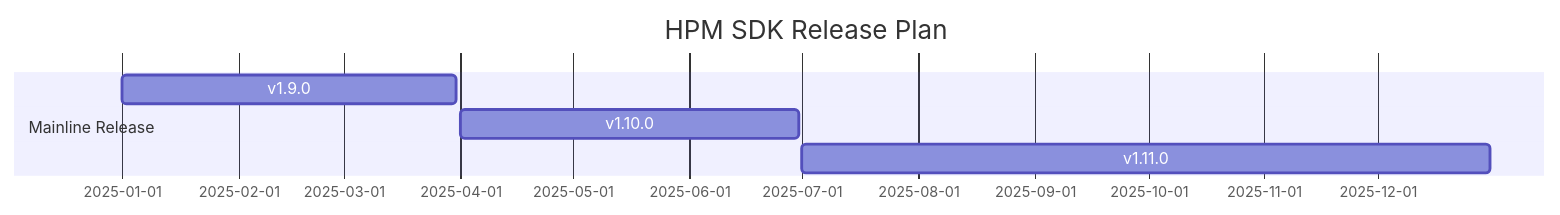
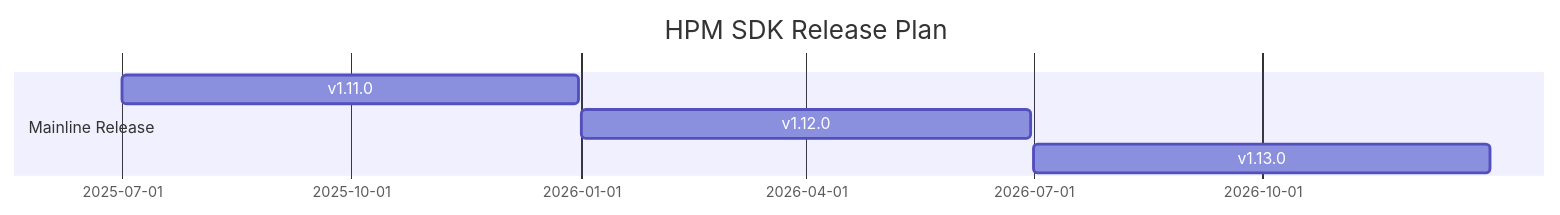
One commit to hpmicro/hpm_sdk changed the diagram in README.md. Above: the diagram before and after it, drawn with Mermaid. The commit also changed 5742 other files, not shown here.

````diff
--- a/README.md
+++ b/README.md
@@ -1,9 +1,9 @@
 ``` mermaid
 gantt
     title HPM SDK Release Plan
     dateFormat  YYYY-MM-DD
     section Mainline Release
-    v1.9.0           :a1, 2025-01-01, 2025-03-31
-    v1.10.0          :a2, 2025-04-01, 2025-06-30
-    v1.11.0          :a3, 2025-07-01, 2025-12-31
+    v1.11.0          :a1, 2025-07-01, 2025-12-31
+    v1.12.0          :a2, 2026-01-01, 2026-06-30
+    v1.13.0          :a2, 2026-07-01, 2026-12-31
 ```
````
